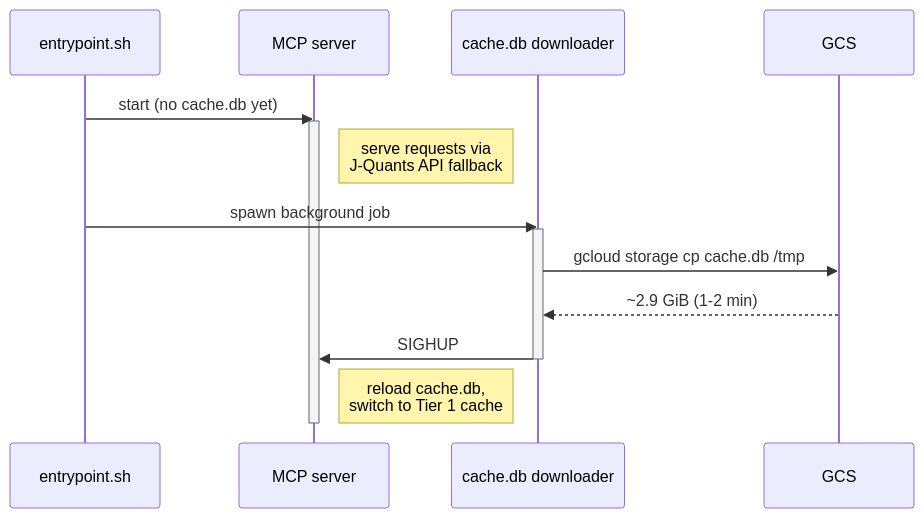
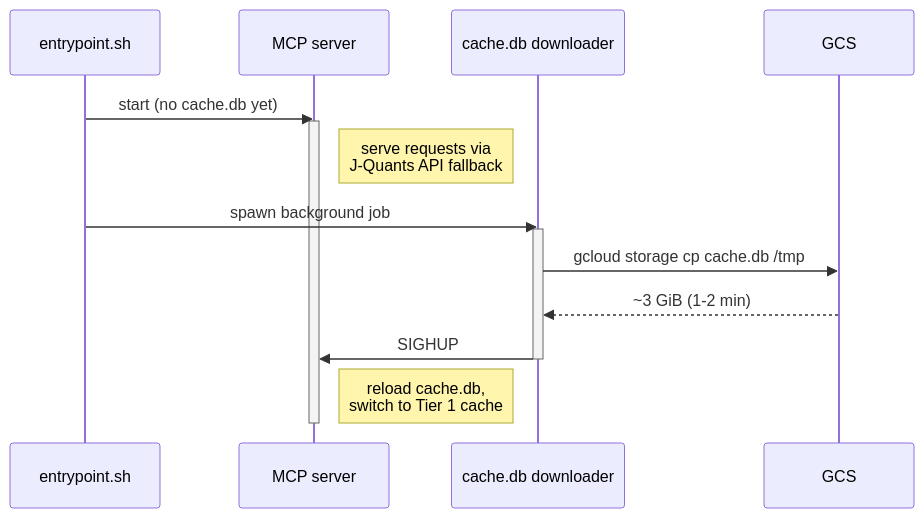
Before and after one commit to shigechika/jquants-mcp: the second of 4 diagrams in README.md, drawn with Mermaid. The commit also changed other lines of this file and 7 other files, not shown here.

````diff
--- a/README.md
+++ b/README.md
@@ -914,19 +914,19 @@
 ```mermaid
 sequenceDiagram
     participant E as entrypoint.sh
     participant M as MCP server
     participant D as cache.db downloader
     participant G as GCS
 
     E->>M: start (no cache.db yet)
     activate M
     Note right of M: serve requests via<br/>J-Quants API fallback
     E->>D: spawn background job
     activate D
     D->>G: gcloud storage cp cache.db /tmp
-    G-->>D: ~2.9 GiB (1-2 min)
+    G-->>D: ~3 GiB (1-2 min)
     D->>M: SIGHUP
     deactivate D
     Note right of M: reload cache.db,<br/>switch to Tier 1 cache
     deactivate M
 ```
````
